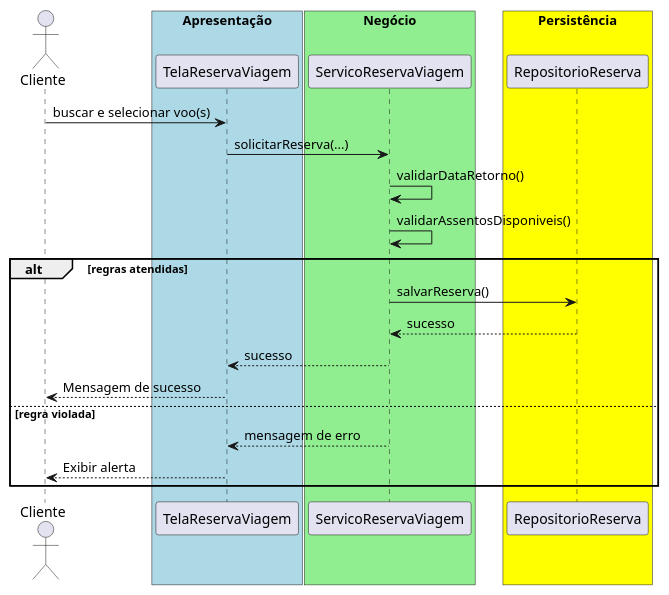
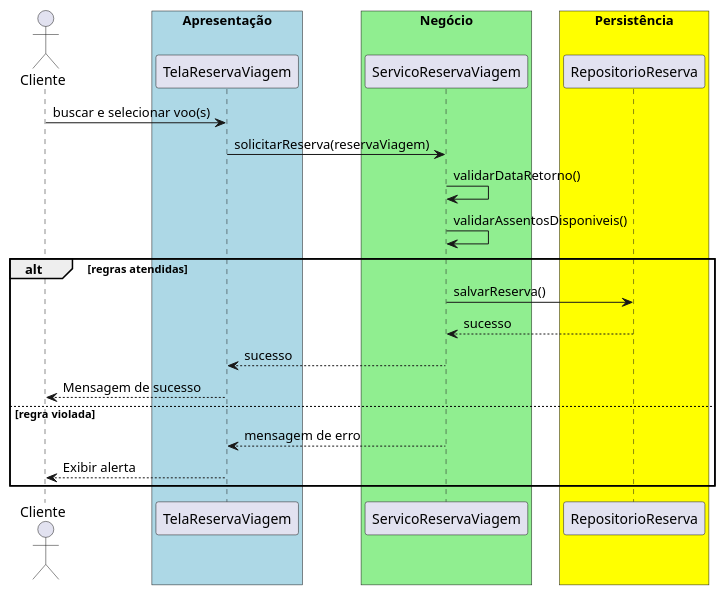
The diagram in src/trabalhos/Trabalho15.md (20261-ifba-saj-ads-poo/blog), drawn with PlantUML before and after one commit. The commit also changed other lines of this file and 35 other files, not shown here.

````diff
--- a/src/trabalhos/Trabalho15.md
+++ b/src/trabalhos/Trabalho15.md
@@ -28,27 +28,27 @@
 ```plantuml{kroki=true}
 @startuml
 actor Cliente
 box "Apresentação" #lightblue
     participant TelaReservaViagem
 end box
 box "Negócio" #lightgreen
     participant ServicoReservaViagem
 end box
 box "Persistência" #yellow
     participant RepositorioReserva
 end box
 Cliente -> TelaReservaViagem : buscar e selecionar voo(s)
-TelaReservaViagem -> ServicoReservaViagem : solicitarReserva(...)
+TelaReservaViagem -> ServicoReservaViagem : solicitarReserva(reservaViagem)
 ServicoReservaViagem -> ServicoReservaViagem : validarDataRetorno()
 ServicoReservaViagem -> ServicoReservaViagem : validarAssentosDisponiveis()
 alt regras atendidas
     ServicoReservaViagem -> RepositorioReserva : salvarReserva()
     RepositorioReserva --> ServicoReservaViagem : sucesso
     ServicoReservaViagem --> TelaReservaViagem : sucesso
     TelaReservaViagem --> Cliente : Mensagem de sucesso
 else regra violada
     ServicoReservaViagem --> TelaReservaViagem : mensagem de erro
     TelaReservaViagem --> Cliente : Exibir alerta
 end
 @enduml
 ```
````
